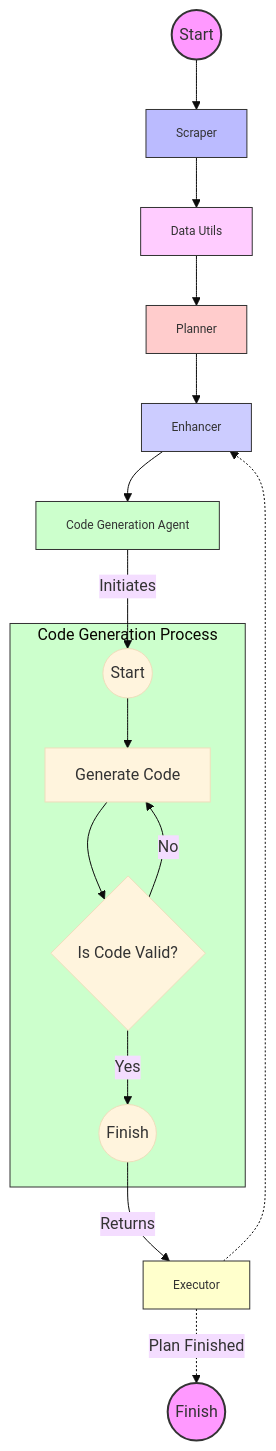
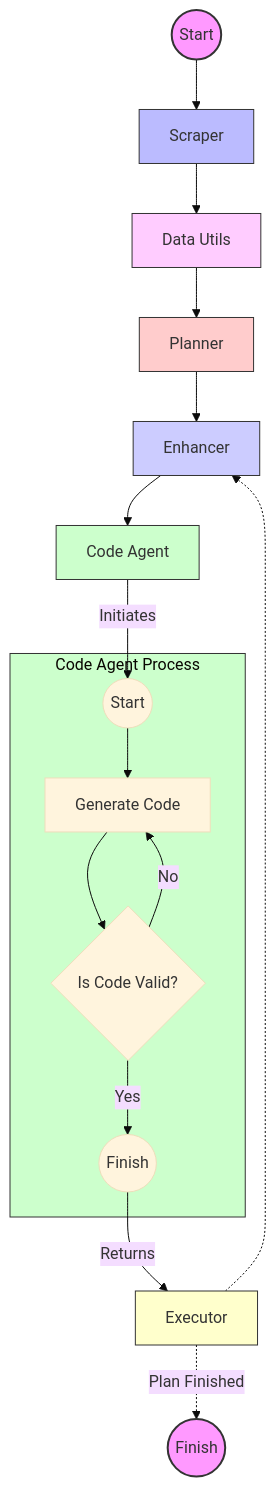
The diagram in docs/1403-06-13-progress-report.md (MSNP1381/kaggle-Agent), drawn with Mermaid (base theme) before and after one commit. The commit also changed other lines of this file and 10 other files, not shown here.

````diff
--- a/docs/1403-06-13-progress-report.md
+++ b/docs/1403-06-13-progress-report.md
@@ -38,41 +29,37 @@
 ```mermaid
 graph TB
     %% Define styles
     style A fill:#f9f,stroke:#333,stroke-width:2px
     style H fill:#f9f,stroke:#333,stroke-width:2px
     style B fill:#bbf,stroke:#333,stroke-width:1px
     style C fill:#cfc,stroke:#333,stroke-width:1px
     style D fill:#fcc,stroke:#333,stroke-width:1px
     style E fill:#ffc,stroke:#333,stroke-width:1px
     style F fill:#ccf,stroke:#333,stroke-width:1px
     style G fill:#fcf,stroke:#333,stroke-width:1px
 
     A((Start)) --> B[Scraper]
     B --> G[Data Utils]
     G --> D[Planner]
     D --> F[Enhancer]
-    F --> C[Code Generation Agent]
+    F --> C[Code Agent]
     E[Executor] -.-> F
     E -. Plan Finished .-> H((Finish))
 
-    subgraph Code_Agent_Process [Code Generation Process]
+    subgraph Code_Agent_Process [Code Agent Process]
         style Code_Agent_Process fill:#cfc,stroke:#333,stroke-width:1px
         I((Start))
         J[Generate Code]
         K{Is Code Valid?}
         L((Finish))
         
         I --> J
         J --> K
         K -- Yes --> L
         K -- No --> J
     end
     
     %% Link the main process to subgraph
     C -->|Initiates| I
     L -->|Returns| E
-
-    %% Annotations
-    classDef annotation fill:#fff,stroke:none,color:#333,font-size:12px;
-    class B,G,D,F,C,E annotation;
 ```
````
